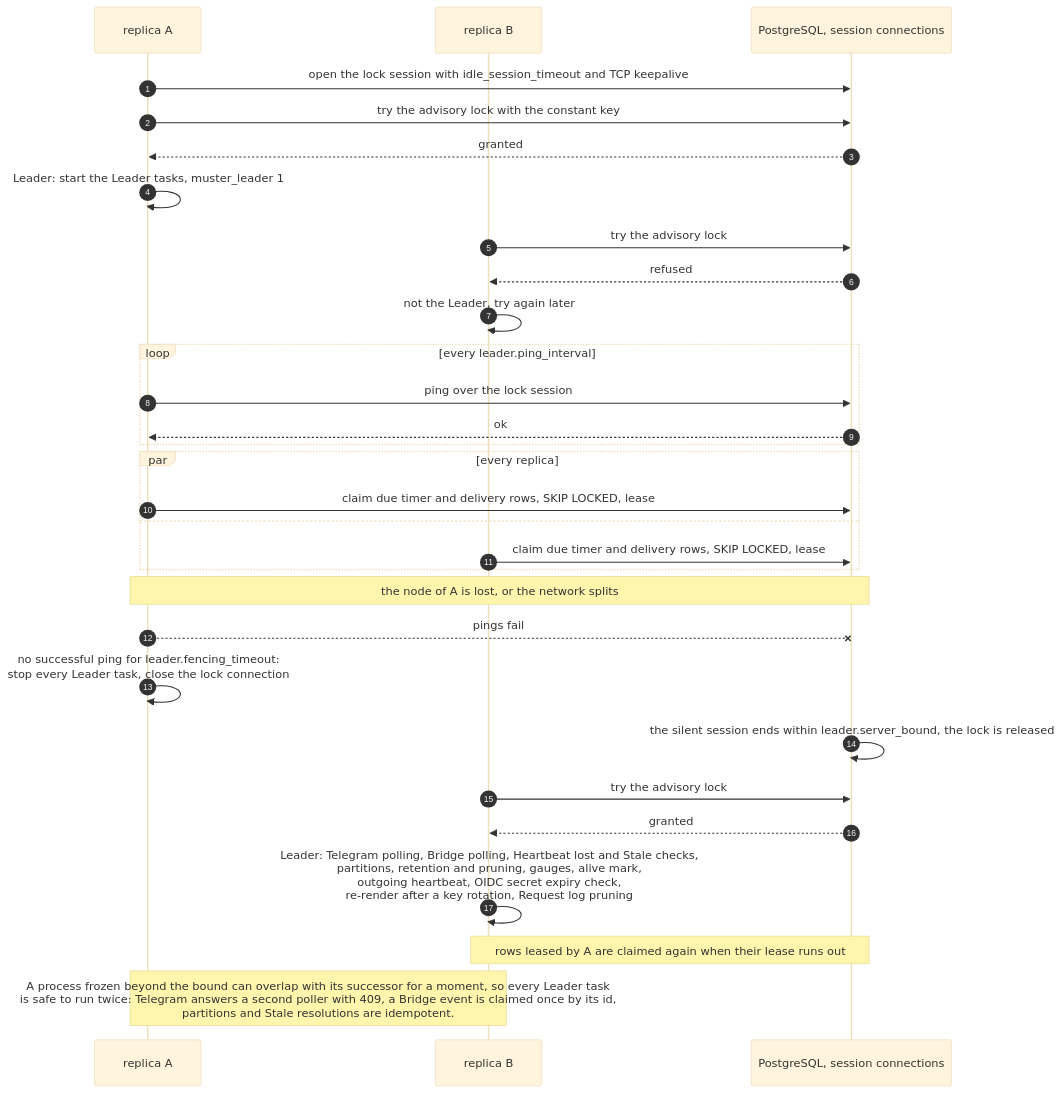
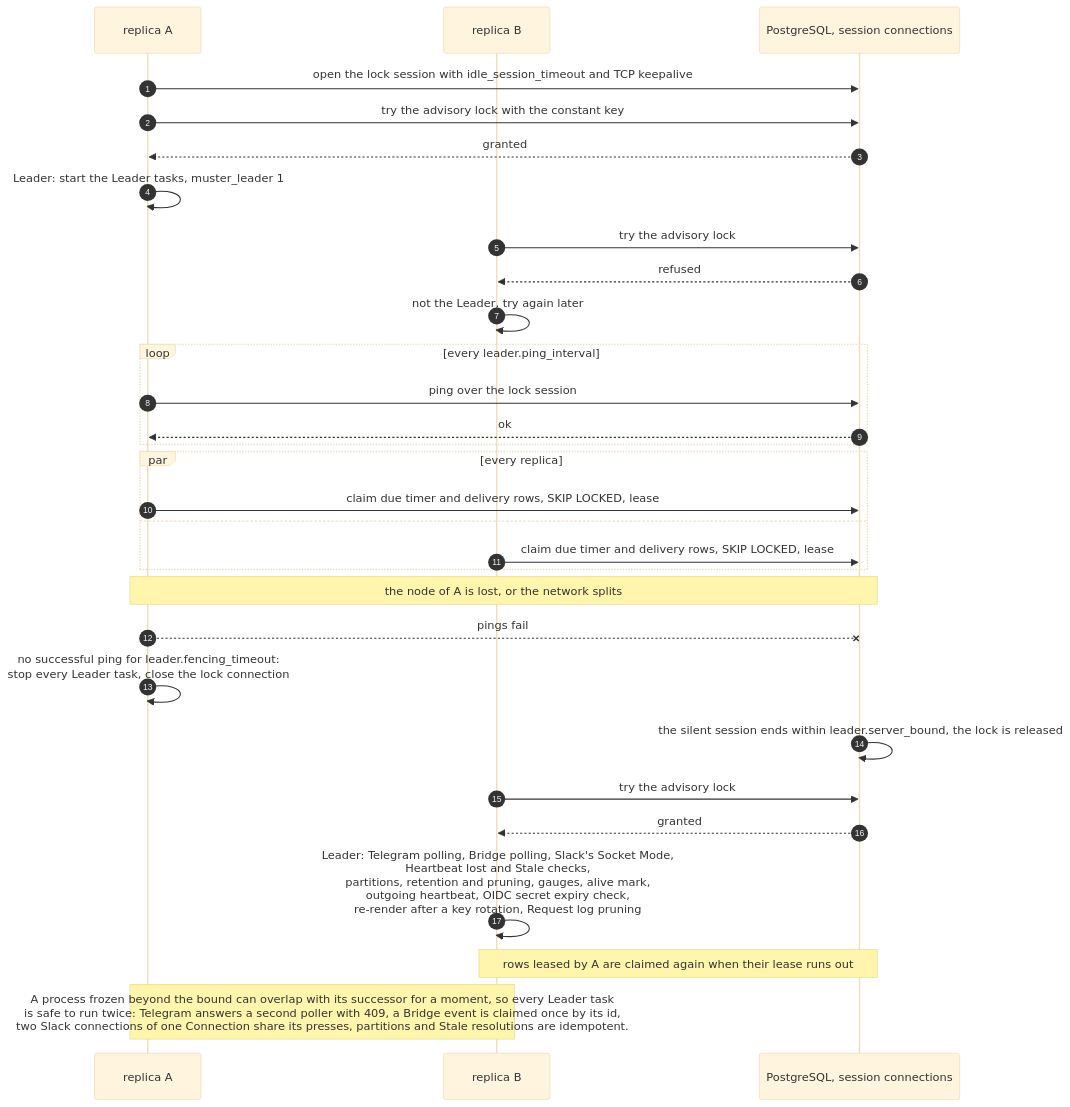
Before and after one commit to muster-io/muster: diagram 19 of 29 in design/architecture.md, drawn with Mermaid (base theme). The commit also changed other lines of this file and 76 other files, not shown here.

Commit message:
feat(slack): receive slack button presses over socket mode on the leader (#327)

````diff
--- a/design/architecture.md
+++ b/design/architecture.md
@@ -1048,33 +1125,33 @@
 ```mermaid
 sequenceDiagram
     autonumber
     participant A as replica A
     participant B as replica B
     participant PG as PostgreSQL, session connections
 
     A->>PG: open the lock session with idle_session_timeout and TCP keepalive
     A->>PG: try the advisory lock with the constant key
     PG-->>A: granted
     A->>A: Leader: start the Leader tasks, muster_leader 1
     B->>PG: try the advisory lock
     PG-->>B: refused
     B->>B: not the Leader, try again later
     loop every leader.ping_interval
         A->>PG: ping over the lock session
         PG-->>A: ok
     end
     par every replica
         A->>PG: claim due timer and delivery rows, SKIP LOCKED, lease
     and
         B->>PG: claim due timer and delivery rows, SKIP LOCKED, lease
     end
     Note over A,PG: the node of A is lost, or the network splits
     A--xPG: pings fail
     A->>A: no successful ping for leader.fencing_timeout:<br/>stop every Leader task, close the lock connection
     PG->>PG: the silent session ends within leader.server_bound, the lock is released
     B->>PG: try the advisory lock
     PG-->>B: granted
-    B->>B: Leader: Telegram polling, Bridge polling, Heartbeat lost and Stale checks,<br/>partitions, retention and pruning, gauges, alive mark,<br/>outgoing heartbeat, OIDC secret expiry check,<br/>re-render after a key rotation, Request log pruning
+    B->>B: Leader: Telegram polling, Bridge polling, Slack's Socket Mode,<br/>Heartbeat lost and Stale checks,<br/>partitions, retention and pruning, gauges, alive mark,<br/>outgoing heartbeat, OIDC secret expiry check,<br/>re-render after a key rotation, Request log pruning
     Note over B,PG: rows leased by A are claimed again when their lease runs out
-    Note over A,B: A process frozen beyond the bound can overlap with its successor for a moment, so every Leader task<br/>is safe to run twice: Telegram answers a second poller with 409, a Bridge event is claimed once by its id,<br/>partitions and Stale resolutions are idempotent.
+    Note over A,B: A process frozen beyond the bound can overlap with its successor for a moment, so every Leader task<br/>is safe to run twice: Telegram answers a second poller with 409, a Bridge event is claimed once by its id,<br/>two Slack connections of one Connection share its presses, partitions and Stale resolutions are idempotent.
 ```
````
